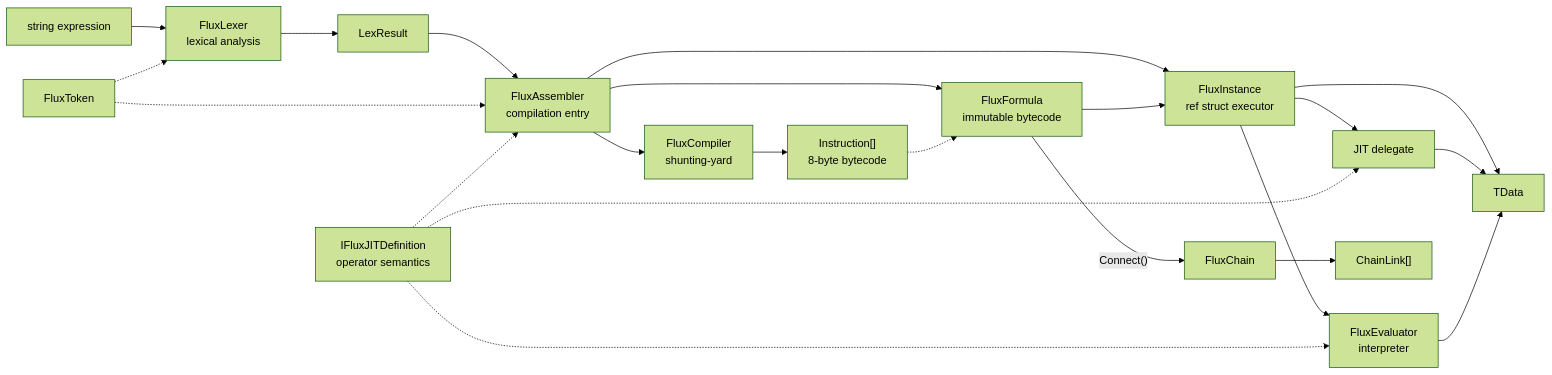
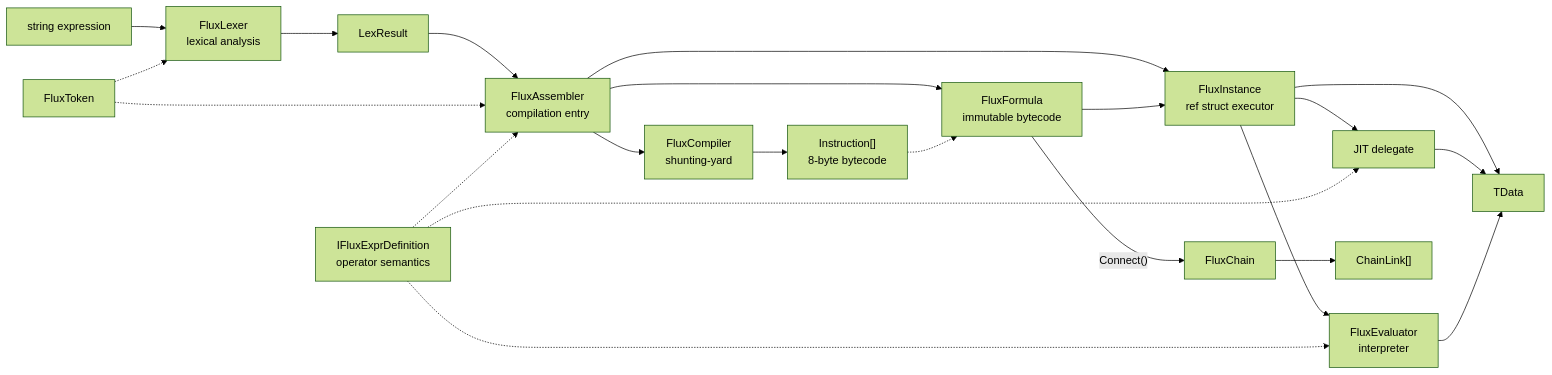
The first of 2 diagrams in docs/en/api/overview.md (twds0x13/FluxFormula), drawn with Mermaid (forest theme) before and after one commit. The commit also changed other lines of this file and 88 other files, not shown here.

Commit message:
refactor: rename FluxJITCompiler→FluxExprCompiler, IFluxJITDefinition→IFluxExprDefinition

````diff
--- a/docs/en/api/overview.md
+++ b/docs/en/api/overview.md
@@ -5,28 +5,28 @@
 ```mermaid
 graph LR
     Source["string expression"] --> Lexer["FluxLexer<br/>lexical analysis"]
     Token["FluxToken"] -.-> Lexer
     Lexer --> LR["LexResult"]
     LR --> Assembler["FluxAssembler<br/>compilation entry"]
     Token -.-> Assembler
     Assembler --> Formula["FluxFormula<br/>immutable bytecode"]
     Assembler --> Instance["FluxInstance<br/>ref struct executor"]
     Formula --> Instance
     Instance --> Result["TData"]
 
     Assembler --> Compiler["FluxCompiler<br/>shunting-yard"]
     Compiler --> Instr["Instruction[]<br/>8-byte bytecode"]
     Instr -.-> Formula
 
     Instance --> JIT["JIT delegate"]
     Instance --> Interp["FluxEvaluator<br/>interpreter"]
     JIT --> Result
     Interp --> Result
 
-    Def["IFluxJITDefinition<br/>operator semantics"] -.-> Assembler
+    Def["IFluxExprDefinition<br/>operator semantics"] -.-> Assembler
     Def -.-> Interp
     Def -.-> JIT
 
     Formula -->|"Connect()"| ChainNode["FluxChain"]
     ChainNode --> Chain["ChainLink[]"]
 ```
````
